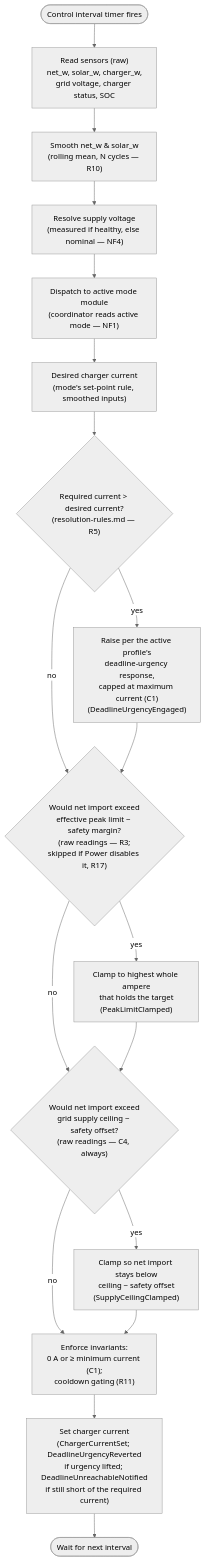
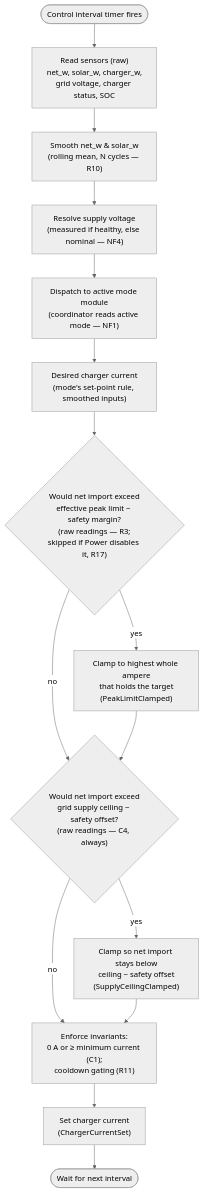
Before and after one commit to kristofdegrave/homeassistant-smart-charging: the diagram in docs/analysis/control-cycle.md, drawn with Mermaid (neutral theme). The commit also changed other lines of this file and 7 other files, not shown here.

First line of the commit message:
docs: simplify R5 to two resolution-rule levers, drop current override

````diff
--- a/docs/analysis/control-cycle.md
+++ b/docs/analysis/control-cycle.md
@@ -61,20 +47,17 @@
 ```mermaid
 flowchart TD
     Timer(["Control interval timer fires"]) --> Read["Read sensors (raw)<br/>net_w, solar_w, charger_w,<br/>grid voltage, charger status, SOC"]
     Read --> Smooth["Smooth net_w & solar_w<br/>(rolling mean, N cycles — R10)"]
     Smooth --> Volt["Resolve supply voltage<br/>(measured if healthy, else nominal — NF4)"]
     Volt --> Dispatch["Dispatch to active mode module<br/>(coordinator reads active mode — NF1)"]
     Dispatch --> Desired["Desired charger current<br/>(mode's set-point rule, smoothed inputs)"]
-    Desired --> Urgency{"Required current > desired current?<br/>(resolution-rules.md — R5)"}
-    Urgency -->|yes| Raise["Raise per the active profile's<br/>deadline-urgency response,<br/>capped at maximum current (C1)<br/>(DeadlineUrgencyEngaged)"]
-    Urgency -->|no| Peak
-    Raise --> Peak{"Would net import exceed<br/>effective peak limit − safety margin?<br/>(raw readings — R3;<br/>skipped if Power disables it, R17)"}
+    Desired --> Peak{"Would net import exceed<br/>effective peak limit − safety margin?<br/>(raw readings — R3;<br/>skipped if Power disables it, R17)"}
     Peak -->|yes| Clamp["Clamp to highest whole ampere<br/>that holds the target<br/>(PeakLimitClamped)"]
     Peak -->|no| Ceiling
     Clamp --> Ceiling{"Would net import exceed<br/>grid supply ceiling − safety offset?<br/>(raw readings — C4, always)"}
     Ceiling -->|yes| CeilingClamp["Clamp so net import stays below<br/>ceiling − safety offset<br/>(SupplyCeilingClamped)"]
     Ceiling -->|no| Invariant
     CeilingClamp --> Invariant["Enforce invariants:<br/>0 A or ≥ minimum current (C1);<br/>cooldown gating (R11)"]
-    Invariant --> Set["Set charger current<br/>(ChargerCurrentSet; DeadlineUrgencyReverted<br/>if urgency lifted; DeadlineUnreachableNotified<br/>if still short of the required current)"]
+    Invariant --> Set["Set charger current<br/>(ChargerCurrentSet)"]
     Set --> Wait(["Wait for next interval"])
 ```
````
